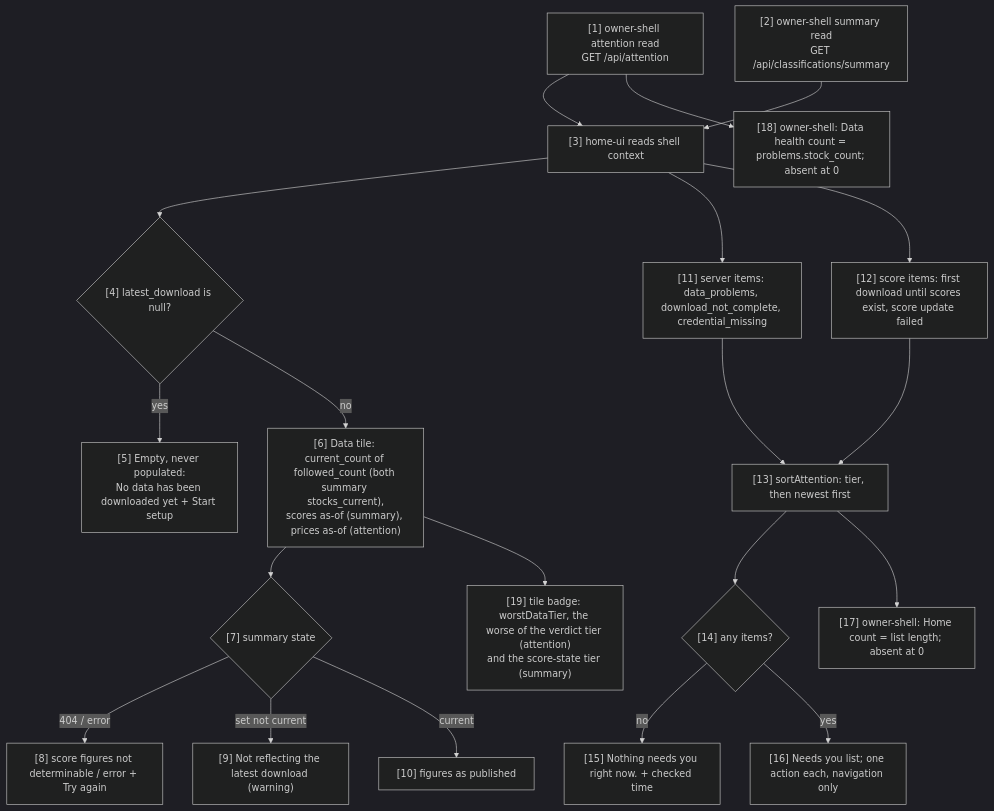
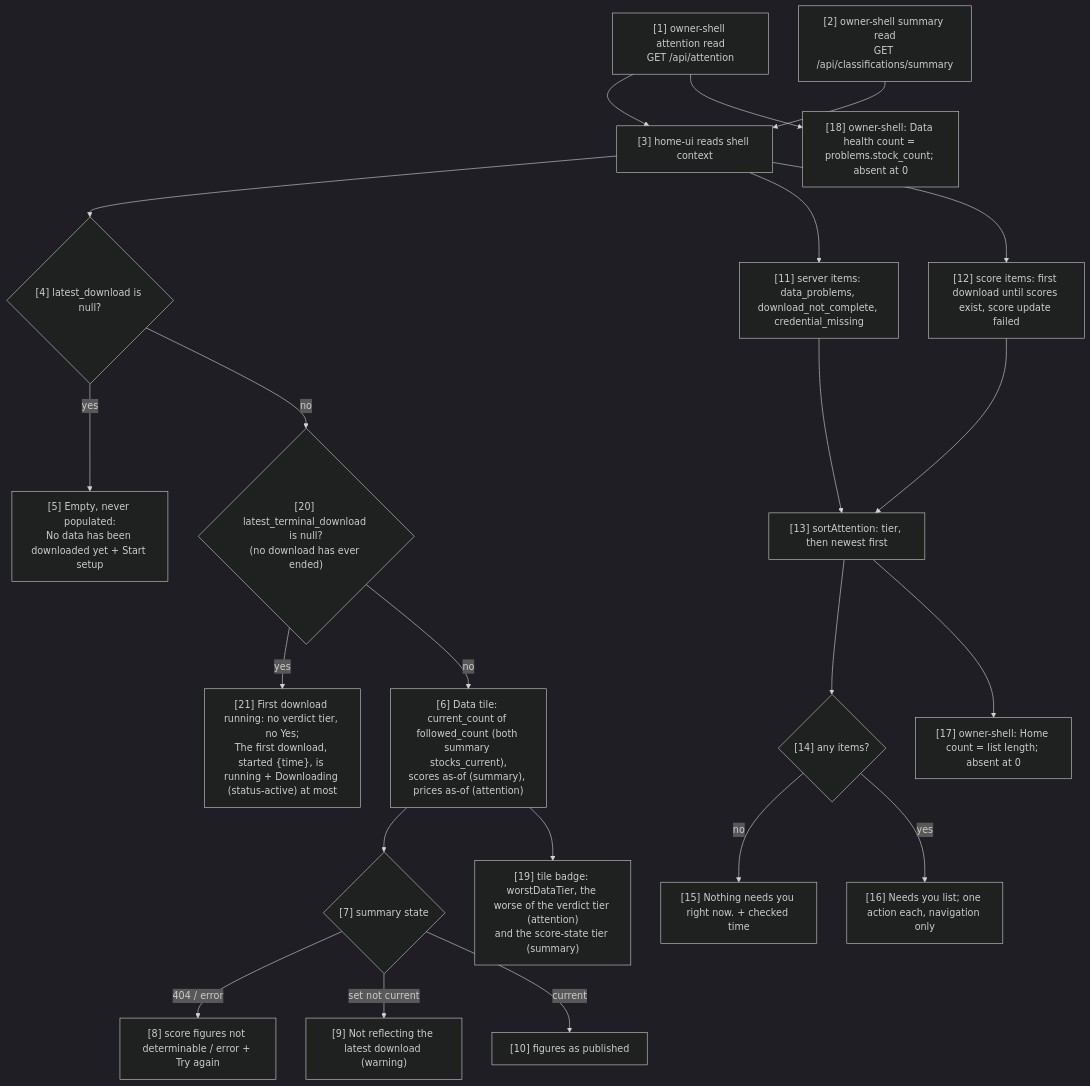
Before and after one commit to ajodraca/FactorFlow-v2: the fourth of 6 diagrams in docs/capabilities/CAP-003-app-shell-and-data-health/design/system-design.md, drawn with Mermaid (dark theme). The commit also changed other lines of this file and 8 other files, not shown here.

````diff
--- a/docs/capabilities/CAP-003-app-shell-and-data-health/design/system-design.md
+++ b/docs/capabilities/CAP-003-app-shell-and-data-health/design/system-design.md
@@ -331,22 +350,24 @@
 ```mermaid
 flowchart TD
     A1["[1] owner-shell attention read<br/>GET /api/attention"] --> A3
     A2["[2] owner-shell summary read<br/>GET /api/classifications/summary"] --> A3
     A3["[3] home-ui reads shell context"] --> D1{"[4] latest_download is null?"}
     D1 -- yes --> E1["[5] Empty, never populated:<br/>No data has been downloaded yet + Start setup"]
-    D1 -- no --> T1["[6] Data tile: current_count of followed_count (both summary stocks_current),<br/>scores as-of (summary), prices as-of (attention)"]
+    D1 -- no --> D4{"[20] latest_terminal_download is null?<br/>(no download has ever ended)"}
+    D4 -- yes --> F1["[21] First download running: no verdict tier, no Yes;<br/>The first download, started {time}, is running + Downloading (status-active) at most"]
+    D4 -- no --> T1["[6] Data tile: current_count of followed_count (both summary stocks_current),<br/>scores as-of (summary), prices as-of (attention)"]
     T1 --> D2{"[7] summary state"}
     D2 -- "404 / error" --> T2["[8] score figures not determinable / error + Try again"]
     D2 -- "set not current" --> T3["[9] Not reflecting the latest download (warning)"]
     D2 -- "current" --> T4["[10] figures as published"]
     A3 --> I1["[11] server items: data_problems, download_not_complete, credential_missing"]
     A3 --> I2["[12] score items: first download until scores exist, score update failed"]
     I1 --> S1["[13] sortAttention: tier, then newest first"]
     I2 --> S1
     S1 --> D3{"[14] any items?"}
     D3 -- no --> E2["[15] Nothing needs you right now. + checked time"]
     D3 -- yes --> L1["[16] Needs you list; one action each, navigation only"]
     S1 --> R1["[17] owner-shell: Home count = list length; absent at 0"]
     A1 --> R2["[18] owner-shell: Data health count = problems.stock_count; absent at 0"]
     T1 --> B1["[19] tile badge: worstDataTier, the worse of the verdict tier (attention)<br/>and the score-state tier (summary)"]
 ```
````
